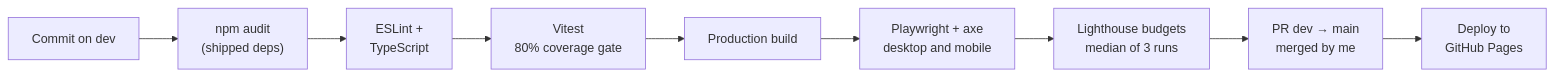
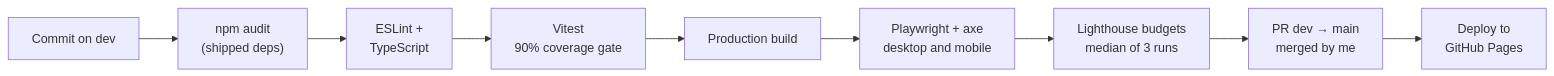
One commit to SzymonRojek/homepage changed the second of 4 diagrams in README.md. Above: the diagram before and after it, drawn with Mermaid. The commit also changed other lines of this file and 4 other files, not shown here.

First line of the commit message:
raise the coverage gate to 90%

````diff
--- a/README.md
+++ b/README.md
@@ -61,11 +61,11 @@
 ```mermaid
 flowchart LR
   commit["Commit on dev"] --> audit["npm audit<br/>(shipped deps)"]
   audit --> lint["ESLint +<br/>TypeScript"]
-  lint --> unit["Vitest<br/>80% coverage gate"]
+  lint --> unit["Vitest<br/>90% coverage gate"]
   unit --> build["Production build"]
   build --> e2e["Playwright + axe<br/>desktop and mobile"]
   e2e --> lh["Lighthouse budgets<br/>median of 3 runs"]
   lh --> pr["PR dev → main<br/>merged by me"]
   pr --> deploy["Deploy to<br/>GitHub Pages"]
 ```
````
